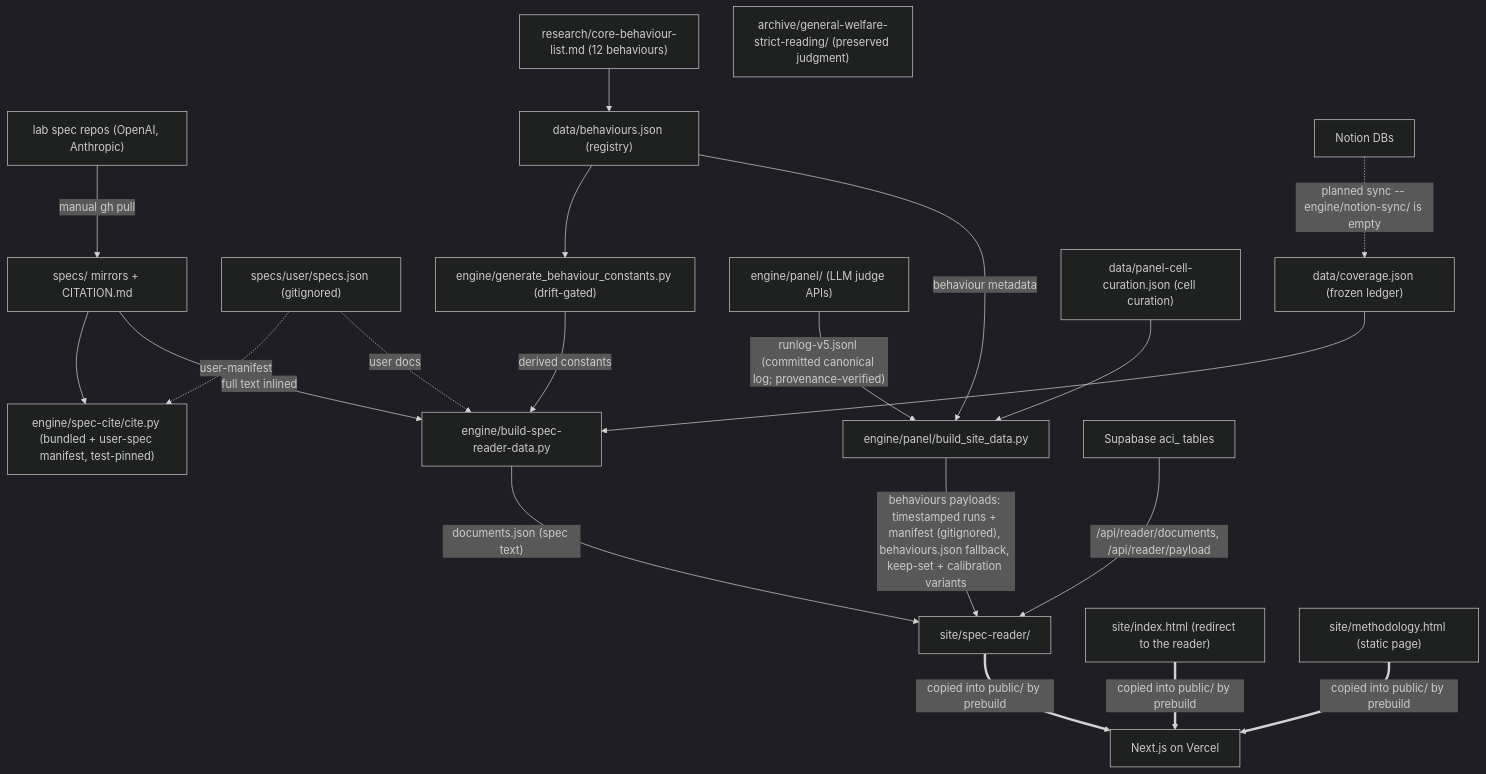
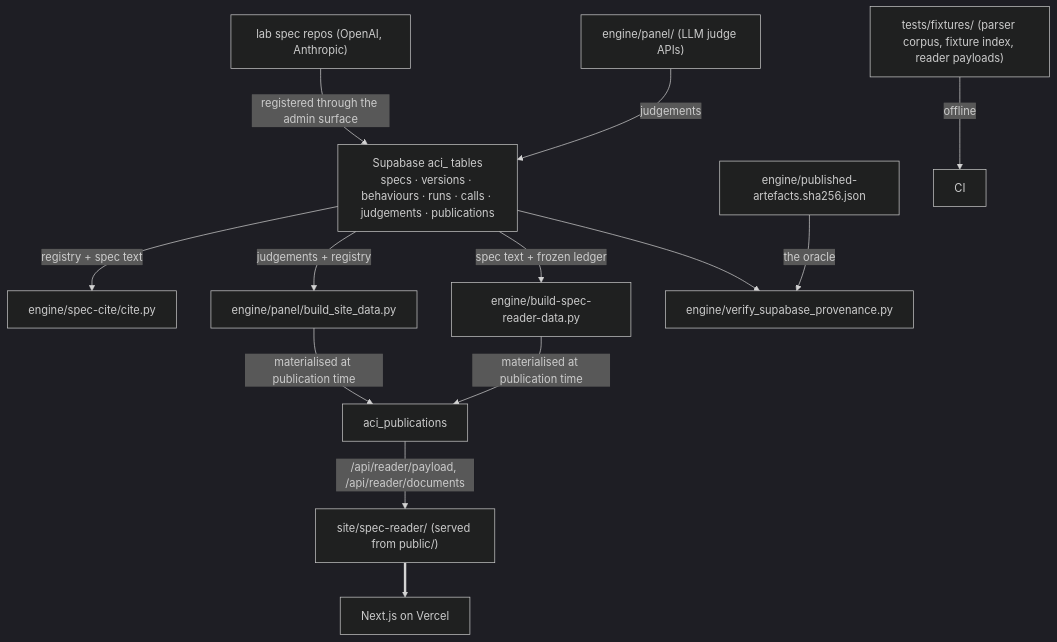
Before and after one commit to polariscollective/ai-character-index: the diagram in SYSTEM.md, drawn with Mermaid (dark theme). The commit also changed other lines of this file and 72 other files, not shown here.

````diff
--- a/SYSTEM.md
+++ b/SYSTEM.md
@@ -13,23 +17,15 @@
 ```mermaid
 graph TB
-  upstream["lab spec repos (OpenAI, Anthropic)"] -->|"manual gh pull"| specs["specs/ mirrors + CITATION.md"]
-  specs --> cite["engine/spec-cite/cite.py (bundled + user-spec manifest, test-pinned)"]
-  um["specs/user/specs.json (gitignored)"] -.->|user-manifest| cite
-  core["research/core-behaviour-list.md (12 behaviours)"] --> reg["data/behaviours.json (registry)"]
-  cov["data/coverage.json (frozen ledger)"] --> bsr
-  panel["engine/panel/ (LLM judge APIs)"] -->|"runlog-v5.jsonl (committed canonical log; provenance-verified)"| bsd["engine/panel/build_site_data.py"]
-  reg --> gbc["engine/generate_behaviour_constants.py (drift-gated)"]
-  reg -->|behaviour metadata| bsd
-  gbc -->|derived constants| bsr
-  cur["data/panel-cell-curation.json (cell curation)"] --> bsd
-  um -.->|user docs| bsr["engine/build-spec-reader-data.py"]
-  specs -->|"full text inlined"| bsr
-  bsr -->|"documents.json (spec text)"| reader["site/spec-reader/"]
-  bsd -->|"behaviours payloads: timestamped runs + manifest (gitignored), behaviours.json fallback, keep-set + calibration variants"| reader
-  arch["archive/general-welfare-strict-reading/ (preserved judgment)"]
-  proto["site/index.html (redirect to the reader)"]
-  meth["site/methodology.html (static page)"]
-  reader & proto & meth ==>|"copied into public/ by prebuild"| vc["Next.js on Vercel"]
-  sb["Supabase aci_ tables"] -->|"/api/reader/documents, /api/reader/payload"| reader
-  notion["Notion DBs"] -.->|"planned sync -- engine/notion-sync/ is empty"| cov
+  labs["lab spec repos (OpenAI, Anthropic)"] -->|"registered through the admin surface"| sb
+  sb["Supabase aci_ tables<br/>specs · versions · behaviours · runs · calls · judgements · publications"]
+  panel["engine/panel/ (LLM judge APIs)"] -->|"judgements"| sb
+  sb -->|"registry + spec text"| cite["engine/spec-cite/cite.py"]
+  sb -->|"judgements + registry"| bsd["engine/panel/build_site_data.py"]
+  sb -->|"spec text + frozen ledger"| bsr["engine/build-spec-reader-data.py"]
+  bsd & bsr -->|"materialised at publication time"| pub["aci_publications"]
+  pub -->|"/api/reader/payload, /api/reader/documents"| reader["site/spec-reader/ (served from public/)"]
+  reader ==> vc["Next.js on Vercel"]
+  rec["engine/published-artefacts.sha256.json"] -->|"the oracle"| ver["engine/verify_supabase_provenance.py"]
+  sb --> ver
+  fix["tests/fixtures/ (parser corpus, fixture index, reader payloads)"] -->|"offline"| ci["CI"]
 ```
````
